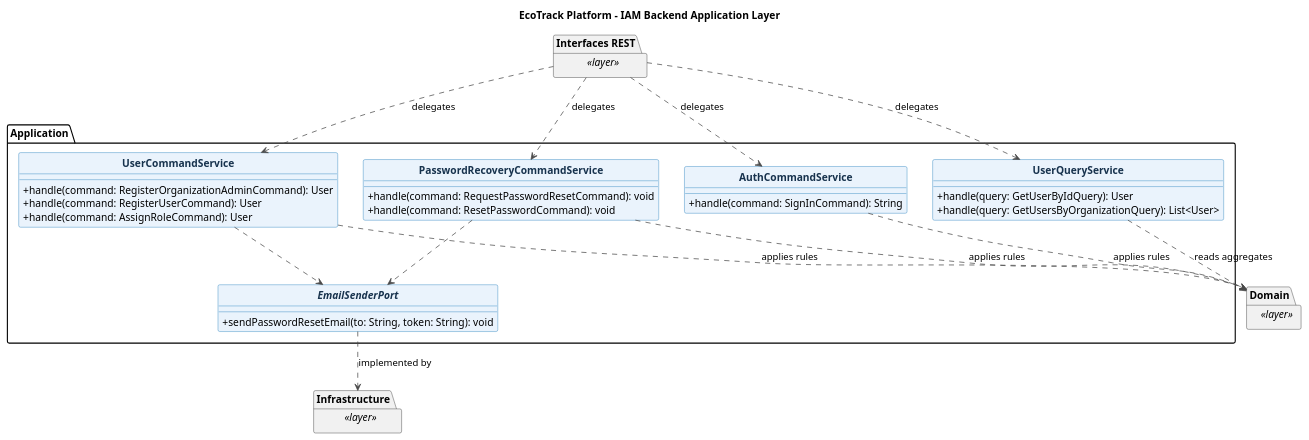
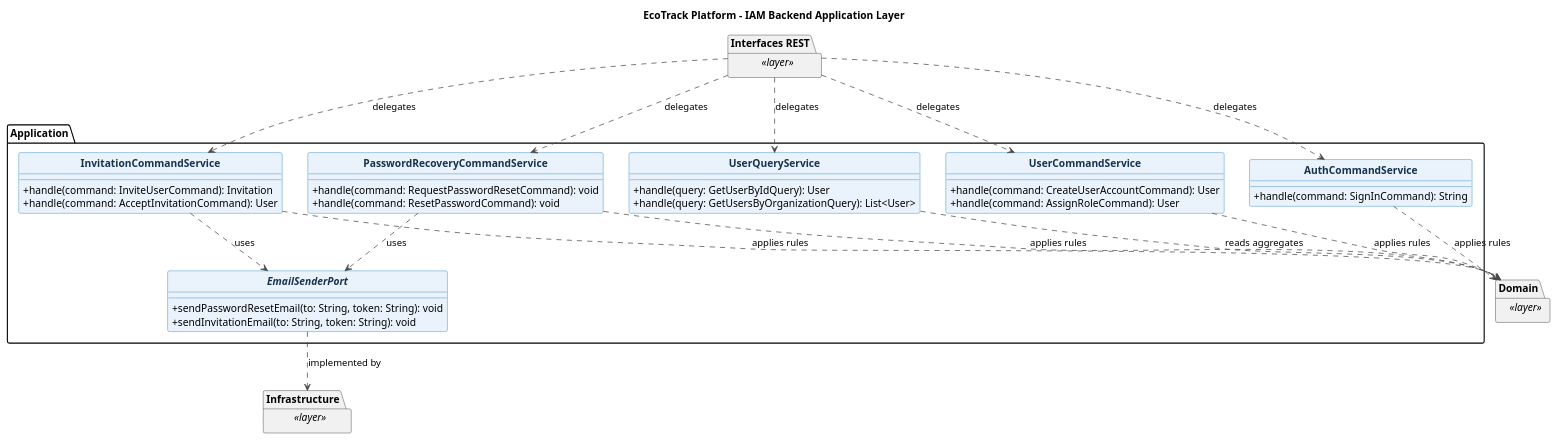
One commit to Horizon-OpenSource/report changed the diagram in docs/diagrams/class/backend/ecotrack-iam-backend-application-layer-class-diagram.puml. Above: the diagram before and after it, drawn with PlantUML. The commit also changed 148 other files, not shown here.

Commit message:
docs: add class diagrams for all bounded contexts and update database diagram

```diff
--- a/docs/diagrams/class/backend/ecotrack-iam-backend-application-layer-class-diagram.puml
+++ b/docs/diagrams/class/backend/ecotrack-iam-backend-application-layer-class-diagram.puml
@@ -1,61 +1,68 @@
 @startuml
 title EcoTrack Platform - IAM Backend Application Layer
 skinparam backgroundColor #FFFFFF
 skinparam shadowing false
 skinparam classAttributeIconSize 0
 skinparam classFontStyle bold
 skinparam class {
   BackgroundColor #EAF3FC
   BorderColor #0B6FB3
   ArrowColor #4A4A4A
   FontColor #17324D
 }
 hide circle
 
 package "Application" {
   class UserCommandService {
-    +handle(command: RegisterOrganizationAdminCommand): User
-    +handle(command: RegisterUserCommand): User
+    +handle(command: CreateUserAccountCommand): User
     +handle(command: AssignRoleCommand): User
   }
 
   class AuthCommandService {
     +handle(command: SignInCommand): String
   }
 
   class PasswordRecoveryCommandService {
     +handle(command: RequestPasswordResetCommand): void
     +handle(command: ResetPasswordCommand): void
   }
 
+  class InvitationCommandService {
+    +handle(command: InviteUserCommand): Invitation
+    +handle(command: AcceptInvitationCommand): User
+  }
+
   class UserQueryService {
     +handle(query: GetUserByIdQuery): User
     +handle(query: GetUsersByOrganizationQuery): List<User>
   }
 
   interface EmailSenderPort {
     +sendPasswordResetEmail(to: String, token: String): void
+    +sendInvitationEmail(to: String, token: String): void
   }
 
-  UserCommandService ..> EmailSenderPort
-  PasswordRecoveryCommandService ..> EmailSenderPort
+  PasswordRecoveryCommandService ..> EmailSenderPort : uses
+  InvitationCommandService ..> EmailSenderPort : uses
 }
 
 package "Interfaces REST" as Backend_iam_Interfaces_REST <<layer>> {
 }
 package "Domain" as Backend_iam_Domain <<layer>> {
 }
 package "Infrastructure" as Backend_iam_Infrastructure <<layer>> {
 }
 
 Backend_iam_Interfaces_REST ..> UserCommandService : delegates
 Backend_iam_Interfaces_REST ..> AuthCommandService : delegates
 Backend_iam_Interfaces_REST ..> PasswordRecoveryCommandService : delegates
+Backend_iam_Interfaces_REST ..> InvitationCommandService : delegates
 Backend_iam_Interfaces_REST ..> UserQueryService : delegates
 UserCommandService ..> Backend_iam_Domain : applies rules
 AuthCommandService ..> Backend_iam_Domain : applies rules
 PasswordRecoveryCommandService ..> Backend_iam_Domain : applies rules
+InvitationCommandService ..> Backend_iam_Domain : applies rules
 UserQueryService ..> Backend_iam_Domain : reads aggregates
 EmailSenderPort ..> Backend_iam_Infrastructure : implemented by
 
 @enduml
```
